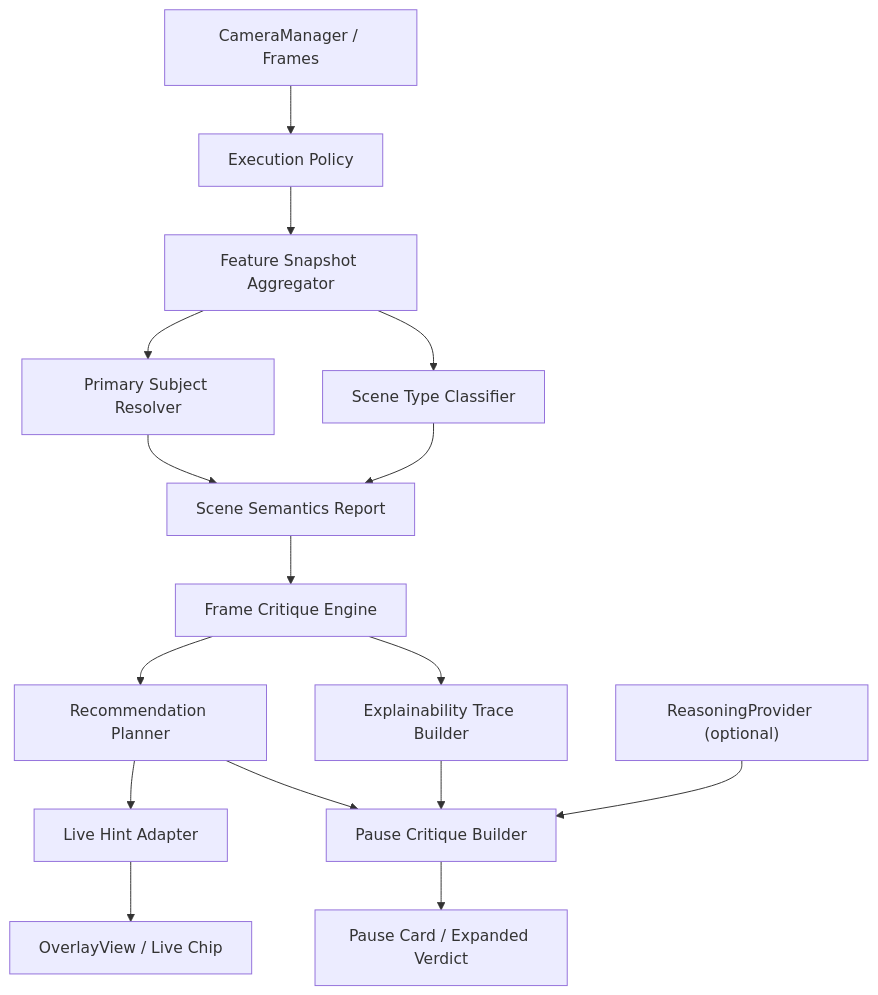
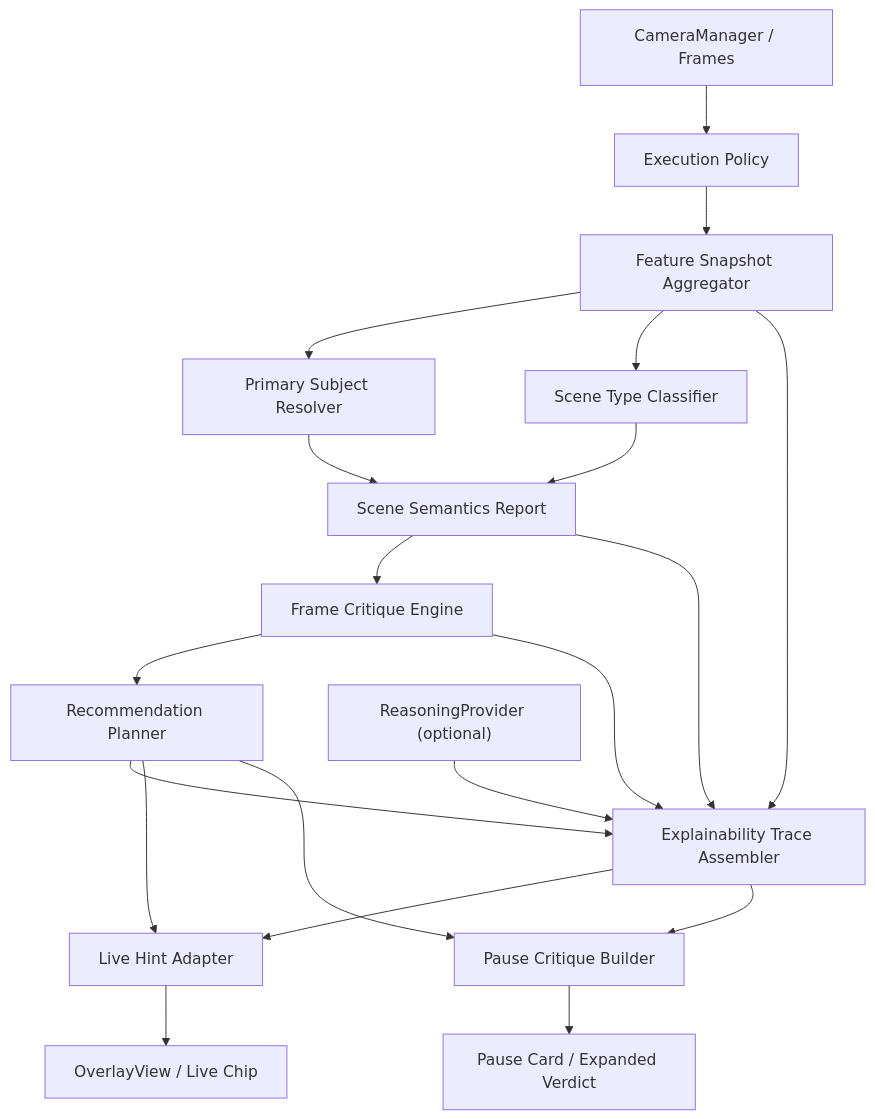
The diagram in docs/cameraanalysis/02-pipeline-architecture.md (rustemd02/shafinMultitool), drawn with Mermaid before and after one commit. The commit also changed other lines of this file and 10 other files, not shown here.

````diff
--- a/docs/cameraanalysis/02-pipeline-architecture.md
+++ b/docs/cameraanalysis/02-pipeline-architecture.md
@@ -15,18 +15,22 @@
 ```mermaid
 flowchart TD
     A["CameraManager / Frames"] --> B["Execution Policy"]
     B --> C["Feature Snapshot Aggregator"]
     C --> D["Primary Subject Resolver"]
     C --> E["Scene Type Classifier"]
     D --> F["Scene Semantics Report"]
     E --> F
     F --> G["Frame Critique Engine"]
     G --> H["Recommendation Planner"]
-    G --> I["Explainability Trace Builder"]
+    C --> I["Explainability Trace Assembler"]
+    F --> I
+    G --> I
+    H --> I
+    L["ReasoningProvider (optional)"] --> I
     H --> J["Live Hint Adapter"]
     H --> K["Pause Critique Builder"]
+    I --> J
     I --> K
-    L["ReasoningProvider (optional)"] --> K
     J --> M["OverlayView / Live Chip"]
     K --> N["Pause Card / Expanded Verdict"]
 ```
````
